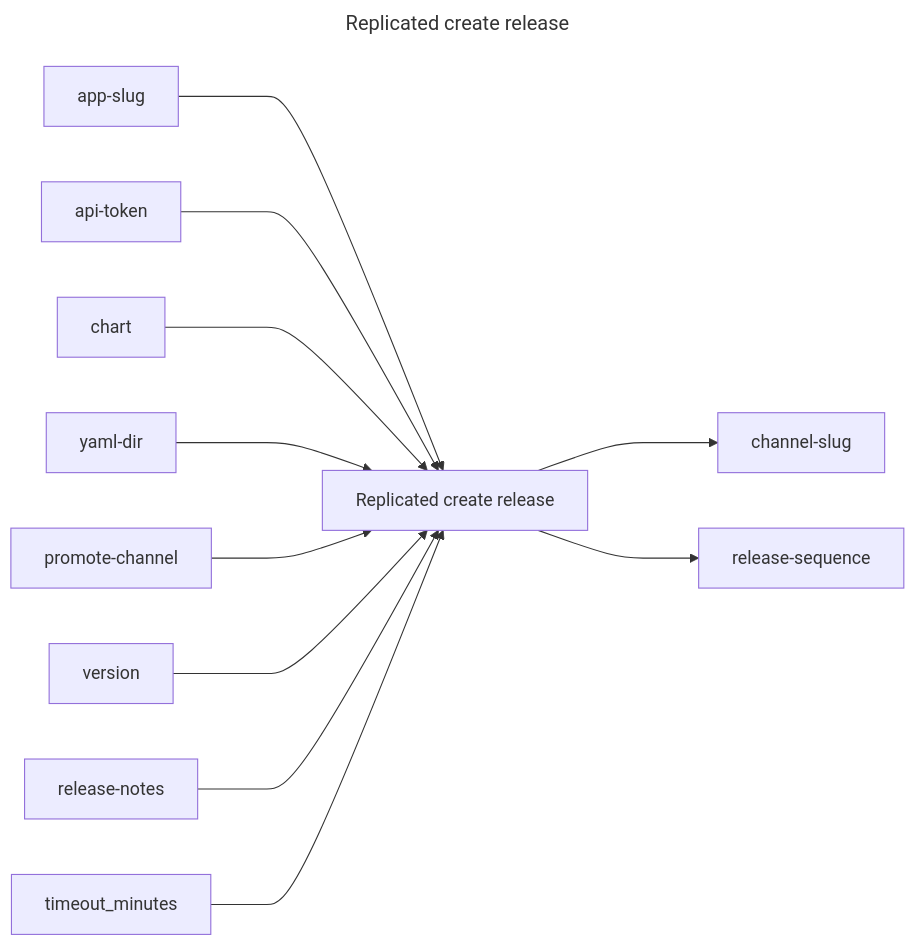
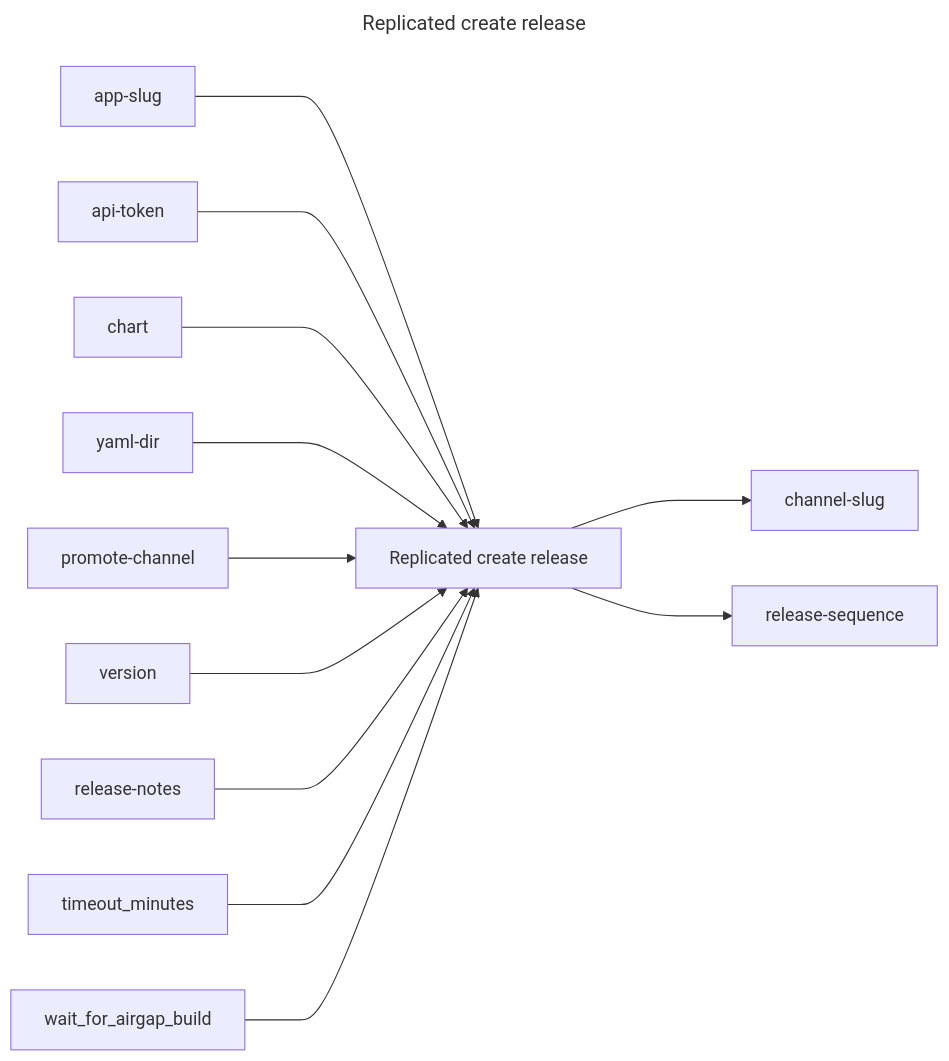
Before and after one commit to replicatedhq/replicated-actions: the diagram in create-release/README.md, drawn with Mermaid. The commit also changed other lines of this file and 2 other files, not shown here.

Commit message:
add wait-for-airgap-build

````diff
--- a/create-release/README.md
+++ b/create-release/README.md
@@ -3,26 +3,27 @@
 ```mermaid
 ---
 title: Replicated create release
 ---
 graph LR
 replicated_create_release["Replicated create release"]
 app_slug["app-slug"]
 api_token["api-token"]
 chart["chart"]
 yaml_dir["yaml-dir"]
 promote_channel["promote-channel"]
 version["version"]
 release_notes["release-notes"]
 channel_slug["channel-slug"]
 release_sequence["release-sequence"]
 app_slug ---> replicated_create_release
 api_token ---> replicated_create_release
 chart ---> replicated_create_release
 yaml_dir ---> replicated_create_release
 promote_channel ---> replicated_create_release
 version ---> replicated_create_release
 release_notes ---> replicated_create_release
 timeout_minutes ---> replicated_create_release
+wait_for_airgap_build ---> replicated_create_release
 replicated_create_release ---> channel_slug
 replicated_create_release ---> release_sequence
 ```
````
